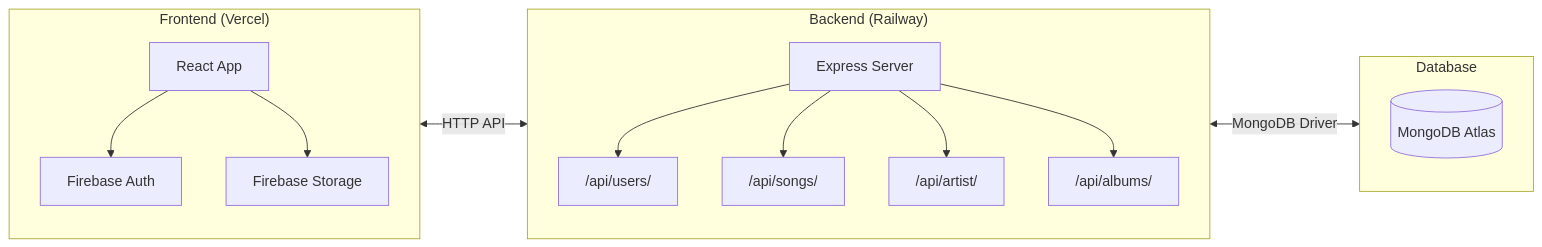
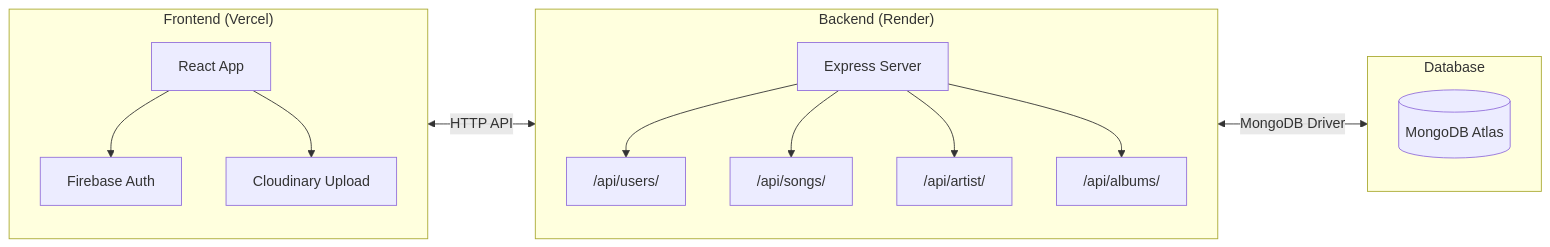
One commit to shopatomek/musicflew changed the diagram in README.MD. Above: the diagram before and after it, drawn with Mermaid. The commit also changed other lines of this file and 17 other files, not shown here.

````diff
--- a/README.MD
+++ b/README.MD
@@ -36,32 +38,32 @@
 ```mermaid
 flowchart LR
 
     subgraph Frontend["Frontend (Vercel)"]
         R[React App]
         FA[Firebase Auth]
-        FS[Firebase Storage]
+        CL[Cloudinary Upload]
 
         R --> FA
-        R --> FS
+        R --> CL
     end
 
-    subgraph Backend["Backend (Railway)"]
+    subgraph Backend["Backend (Render)"]
         E[Express Server]
         U["/api/users/"]
         S["/api/songs/"]
         AR["/api/artist/"]
         AL["/api/albums/"]
 
         E --> U
         E --> S
         E --> AR
         E --> AL
     end
 
     subgraph Database["Database"]
         M[(MongoDB Atlas)]
     end
 
     Frontend <-->|HTTP API| Backend
     Backend <-->|MongoDB Driver| Database
 ```
````
